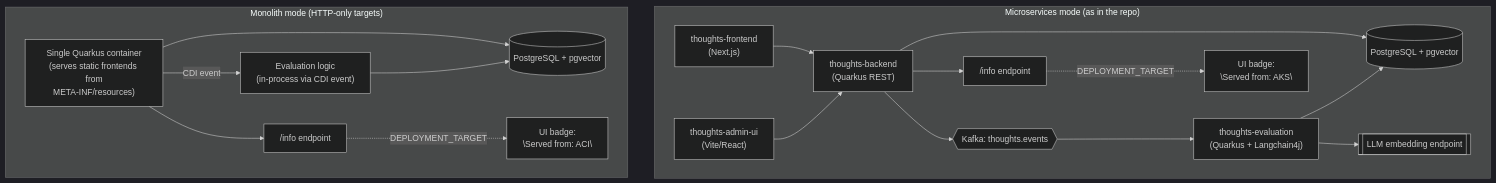
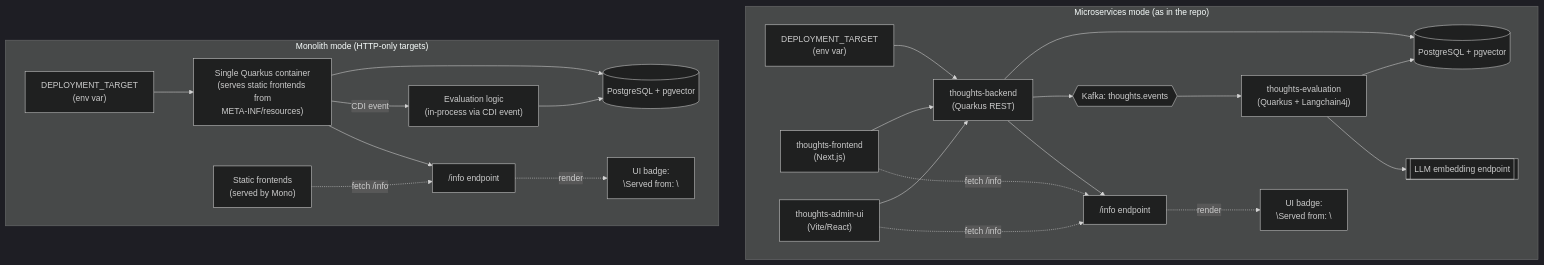
The diagram in docs/architecture-diagrams/application-architecture.md (jeremyrdavis/containers-in-the-clouds), drawn with Mermaid (dark theme) before and after one commit.

Commit message:
Address review: show DEPLOYMENT_TARGET env var and /info fetch
Adds explicit DEPLOYMENT_TARGET env var nodes feeding each backend,
dashed "fetch /info" edges from the frontends (and static-frontend
node in monolith mode), and replaces hardcoded target names (AKS,
ACI) in the badge with a generic placeholder, since this diagram
isn't specific to any one target.

````diff
--- a/docs/architecture-diagrams/application-architecture.md
+++ b/docs/architecture-diagrams/application-architecture.md
@@ -6,40 +6,48 @@
 ```mermaid
 flowchart TB
     subgraph Microservices["Microservices mode (as in the repo)"]
         direction LR
+        Env1["DEPLOYMENT_TARGET\n(env var)"]
         FE1["thoughts-frontend\n(Next.js)"]
         FE2["thoughts-admin-ui\n(Vite/React)"]
         BE1["thoughts-backend\n(Quarkus REST)"]
         DB1[("PostgreSQL + pgvector")]
         Kafka{{"Kafka: thoughts.events"}}
         Eval1["thoughts-evaluation\n(Quarkus + Langchain4j)"]
         LLM1[["LLM embedding endpoint"]]
         Info1["/info endpoint"]
-        Badge1["UI badge:\n\"Served from: AKS\""]
+        Badge1["UI badge:\n\"Served from: <DEPLOYMENT_TARGET>\""]
 
+        Env1 --> BE1
         FE1 --> BE1
         FE2 --> BE1
         BE1 --> DB1
         BE1 --> Kafka
         Kafka --> Eval1
         Eval1 --> DB1
         Eval1 --> LLM1
         BE1 --> Info1
-        Info1 -. DEPLOYMENT_TARGET .-> Badge1
+        FE1 -. "fetch /info" .-> Info1
+        FE2 -. "fetch /info" .-> Info1
+        Info1 -. render .-> Badge1
     end
 
     subgraph Monolith["Monolith mode (HTTP-only targets)"]
         direction LR
+        Env2["DEPLOYMENT_TARGET\n(env var)"]
         Mono["Single Quarkus container\n(serves static frontends from\nMETA-INF/resources)"]
+        StaticFE["Static frontends\n(served by Mono)"]
         DB2[("PostgreSQL + pgvector")]
         Eval2["Evaluation logic\n(in-process via CDI event)"]
         Info2["/info endpoint"]
-        Badge2["UI badge:\n\"Served from: ACI\""]
+        Badge2["UI badge:\n\"Served from: <DEPLOYMENT_TARGET>\""]
 
+        Env2 --> Mono
         Mono --> DB2
         Mono -- CDI event --> Eval2
         Eval2 --> DB2
         Mono --> Info2
-        Info2 -. DEPLOYMENT_TARGET .-> Badge2
+        StaticFE -. "fetch /info" .-> Info2
+        Info2 -. render .-> Badge2
     end
 ```
````
